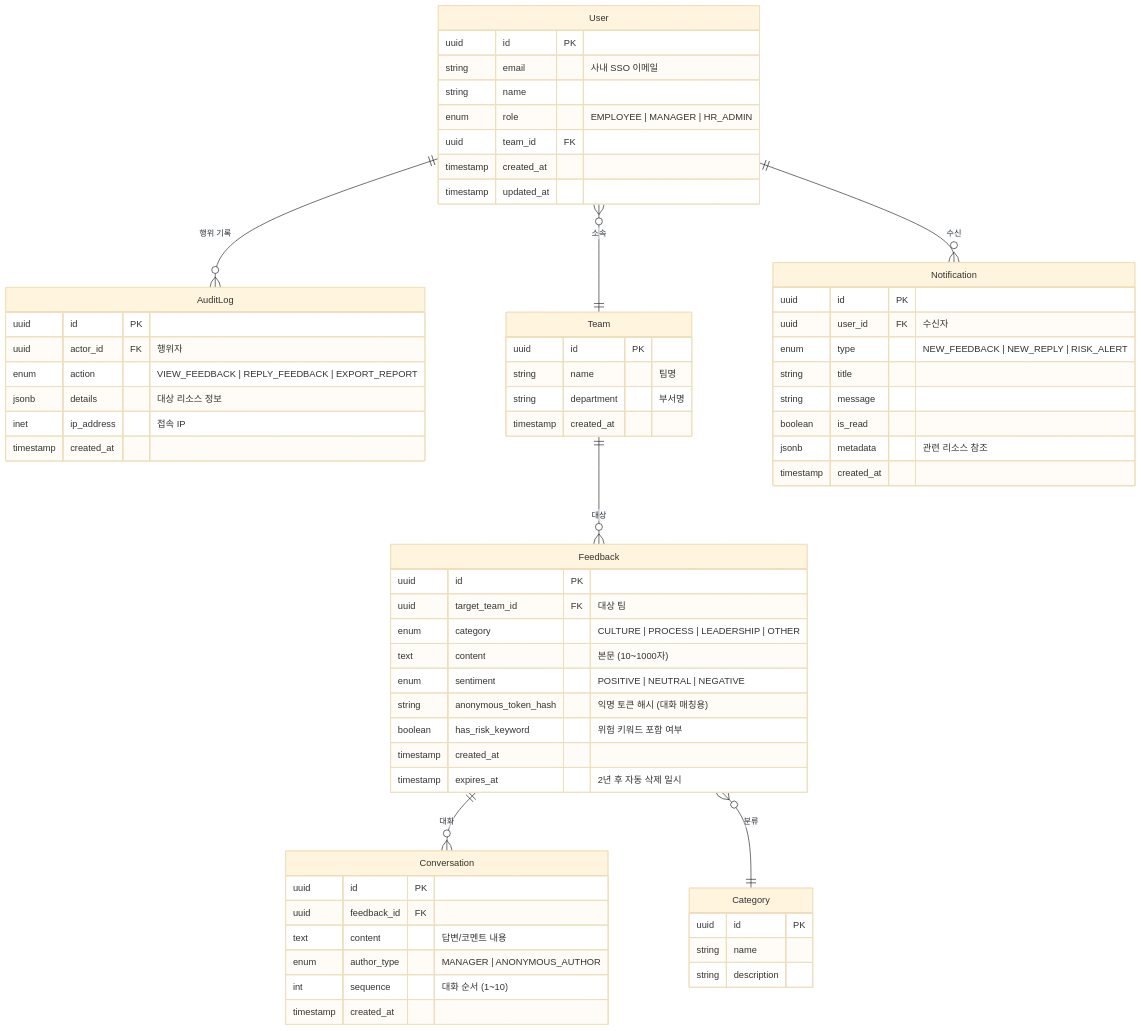
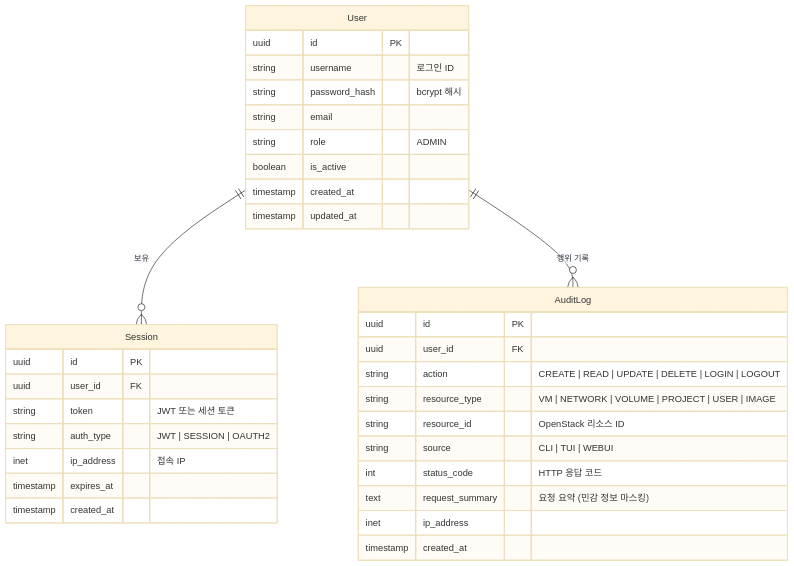
Before and after one commit to seungkyua/claude-simple-e2e: the second of 5 diagrams in sdd.md, drawn with Mermaid (base theme). The commit also changed other lines of this file, not shown here.

Commit message:
[behavioral] Replace AnonVoice SDD with KCP CLI system design document

````diff
--- a/sdd.md
+++ b/sdd.md
@@ -70,73 +86,39 @@
 ```mermaid
 erDiagram
+    User ||--o{ Session : "보유"
     User ||--o{ AuditLog : "행위 기록"
-    User }o--|| Team : "소속"
-    Team ||--o{ Feedback : "대상"
-    Feedback ||--o{ Conversation : "대화"
-    Feedback }o--|| Category : "분류"
-    User ||--o{ Notification : "수신"
 
     User {
         uuid id PK
-        string email "사내 SSO 이메일"
-        string name
-        enum role "EMPLOYEE | MANAGER | HR_ADMIN"
-        uuid team_id FK
+        string username "로그인 ID"
+        string password_hash "bcrypt 해시"
+        string email
+        string role "ADMIN"
+        boolean is_active
         timestamp created_at
         timestamp updated_at
     }
 
-    Team {
+    Session {
         uuid id PK
-        string name "팀명"
-        string department "부서명"
-        timestamp created_at
-    }
-
-    Feedback {
-        uuid id PK
-        uuid target_team_id FK "대상 팀"
-        enum category "CULTURE | PROCESS | LEADERSHIP | OTHER"
-        text content "본문 (10~1000자)"
-        enum sentiment "POSITIVE | NEUTRAL | NEGATIVE"
-        string anonymous_token_hash "익명 토큰 해시 (대화 매칭용)"
-        boolean has_risk_keyword "위험 키워드 포함 여부"
-        timestamp created_at
-        timestamp expires_at "2년 후 자동 삭제 일시"
-    }
-
-    Conversation {
-        uuid id PK
-        uuid feedback_id FK
-        text content "답변/코멘트 내용"
-        enum author_type "MANAGER | ANONYMOUS_AUTHOR"
-        int sequence "대화 순서 (1~10)"
-        timestamp created_at
-    }
-
-    Notification {
-        uuid id PK
-        uuid user_id FK "수신자"
-        enum type "NEW_FEEDBACK | NEW_REPLY | RISK_ALERT"
-        string title
-        string message
-        boolean is_read
-        jsonb metadata "관련 리소스 참조"
+        uuid user_id FK
+        string token "JWT 또는 세션 토큰"
+        string auth_type "JWT | SESSION | OAUTH2"
+        inet ip_address "접속 IP"
+        timestamp expires_at
         timestamp created_at
     }
 
     AuditLog {
         uuid id PK
-        uuid actor_id FK "행위자"
-        enum action "VIEW_FEEDBACK | REPLY_FEEDBACK | EXPORT_REPORT"
-        jsonb details "대상 리소스 정보"
-        inet ip_address "접속 IP"
+        uuid user_id FK
+        string action "CREATE | READ | UPDATE | DELETE | LOGIN | LOGOUT"
+        string resource_type "VM | NETWORK | VOLUME | PROJECT | USER | IMAGE"
+        string resource_id "OpenStack 리소스 ID"
+        string source "CLI | TUI | WEBUI"
+        int status_code "HTTP 응답 코드"
+        text request_summary "요청 요약 (민감 정보 마스킹)"
+        inet ip_address
         timestamp created_at
     }
-
-    Category {
-        uuid id PK
-        string name
-        string description
-    }
 ```
````
